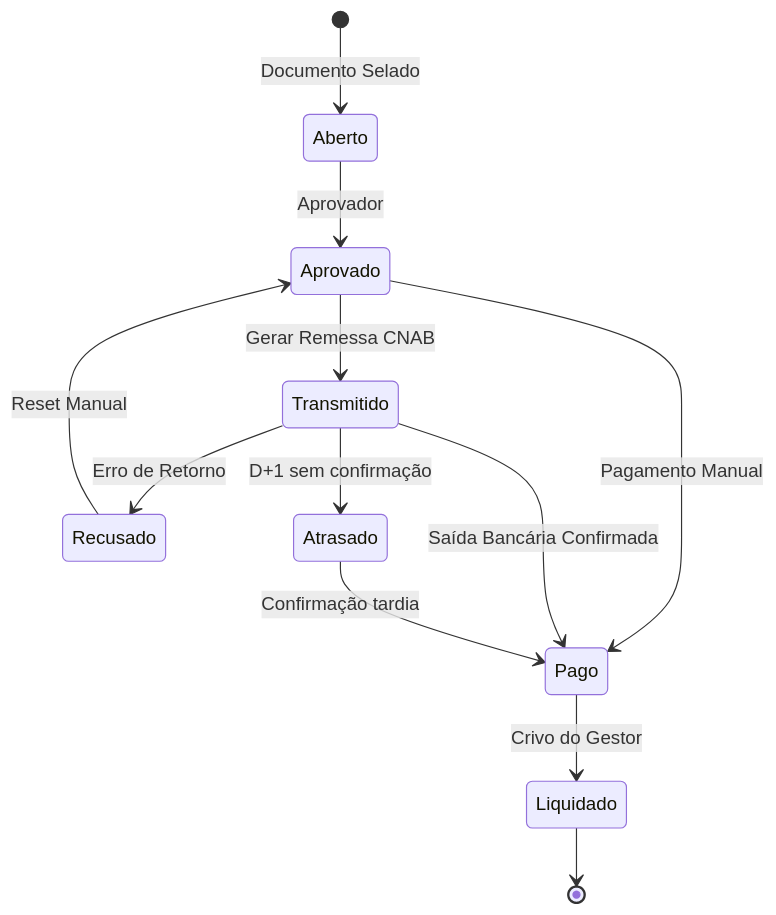
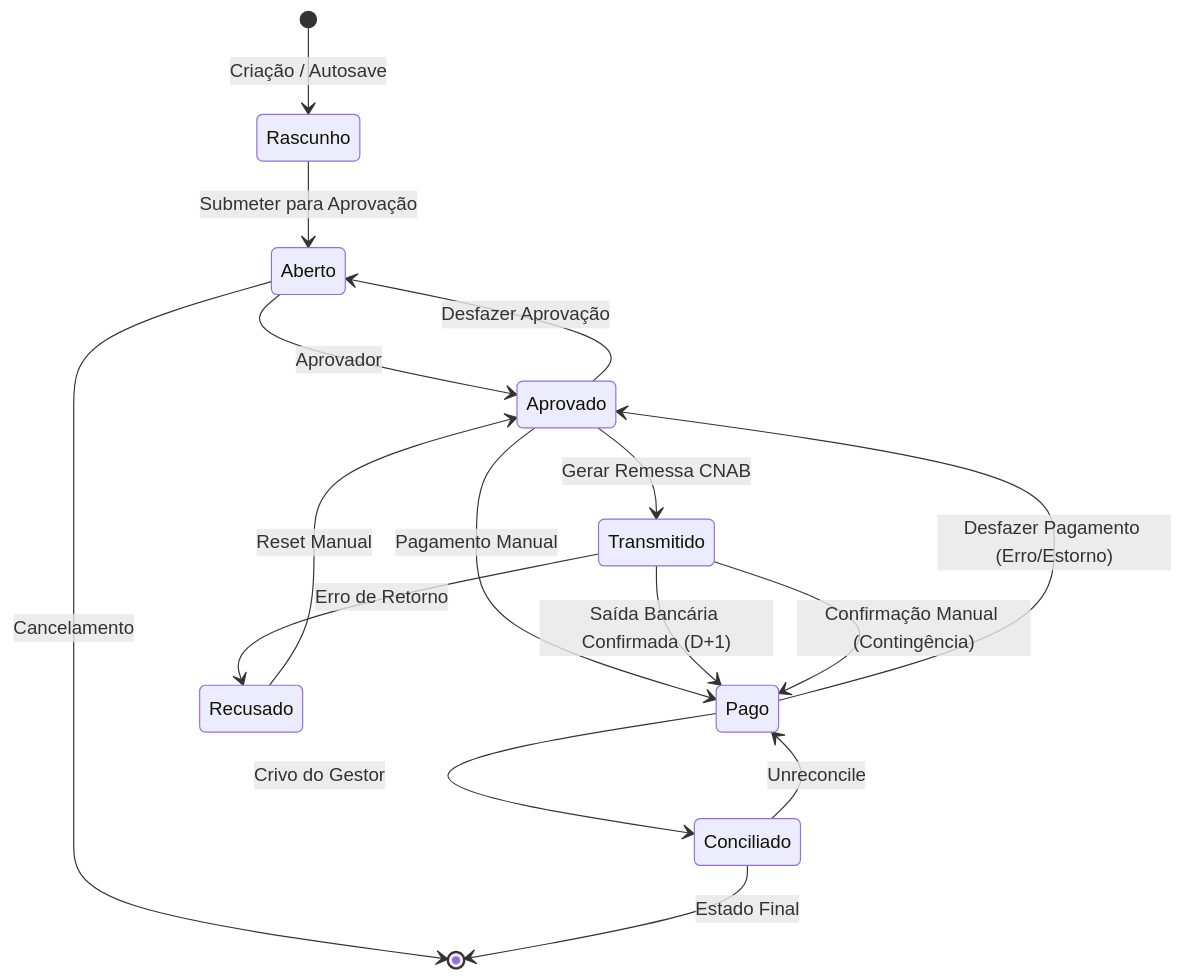
Before and after one commit to ERP-Bem-Comum/core-api: the diagram in handbook/domain_questions/financeiro/bounded-contexts/titulos-liquidacao.md, drawn with Mermaid. The commit also changed other lines of this file and 42 other files, not shown here.

````diff
--- a/handbook/domain_questions/financeiro/bounded-contexts/titulos-liquidacao.md
+++ b/handbook/domain_questions/financeiro/bounded-contexts/titulos-liquidacao.md
@@ -62,14 +124,18 @@
 ```mermaid
 stateDiagram-v2
-    [*] --> Aberto: Documento Selado
+    [*] --> Rascunho: Criação / Autosave
+    Rascunho --> Aberto: Submeter para Aprovação
     Aberto --> Aprovado: Aprovador
     Aprovado --> Transmitido: Gerar Remessa CNAB
     Aprovado --> Pago: Pagamento Manual
-    Transmitido --> Pago: Saída Bancária Confirmada
+    Transmitido --> Pago: Saída Bancária Confirmada (D+1)
+    Transmitido --> Pago: Confirmação Manual (Contingência)
     Transmitido --> Recusado: Erro de Retorno
-    Transmitido --> Atrasado: D+1 sem confirmação
     Recusado --> Aprovado: Reset Manual
-    Atrasado --> Pago: Confirmação tardia
-    Pago --> Liquidado: Crivo do Gestor
-    Liquidado --> [*]
+    Pago --> Conciliado: Crivo do Gestor
+    Pago --> Aprovado: Desfazer Pagamento (Erro/Estorno)
+    Conciliado --> Pago: Unreconcile
+    Aprovado --> Aberto: Desfazer Aprovação
+    Aberto --> [*]: Cancelamento
+    Conciliado --> [*]: Estado Final
 ```
````
